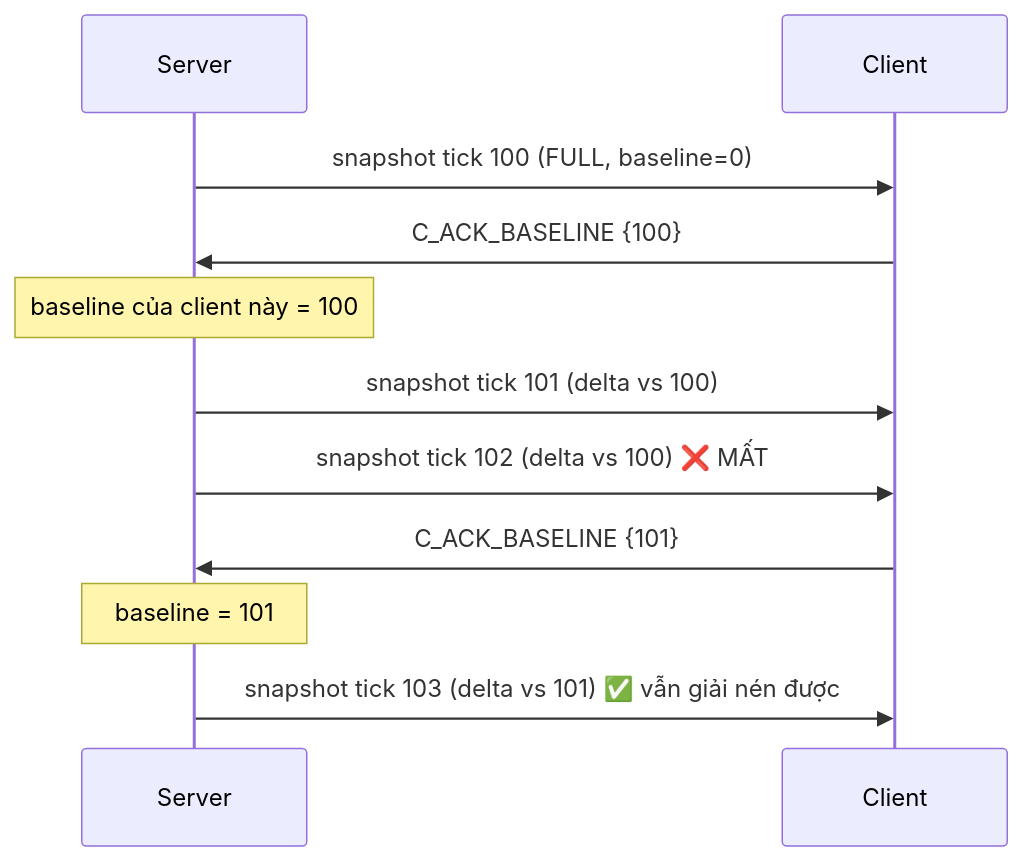
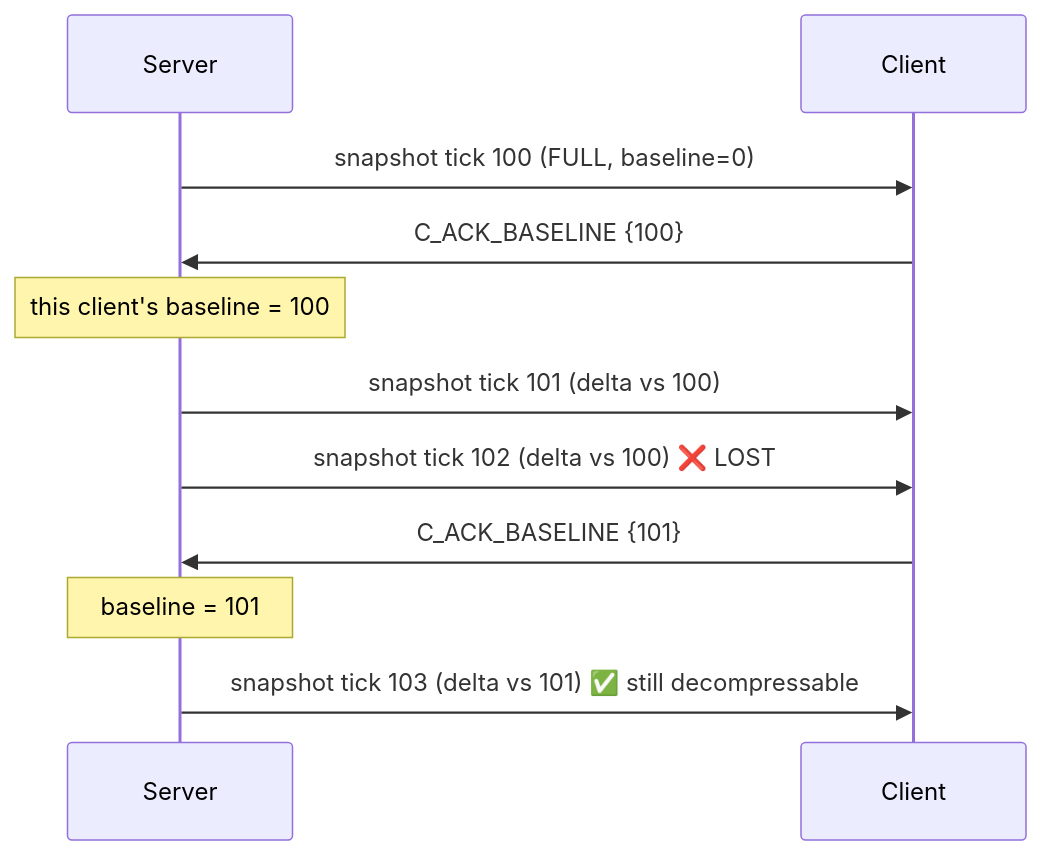
One commit to Nghaiz/LTM changed the diagram in plans/dev-c-replication/phases/phase-01-snapshot.md. Above: the diagram before and after it, drawn with Mermaid. The commit also changed other lines of this file and 34 other files, not shown here.

````diff
--- a/plans/dev-c-replication/phases/phase-01-snapshot.md
+++ b/plans/dev-c-replication/phases/phase-01-snapshot.md
@@ -192,13 +193,13 @@
 ```mermaid
 sequenceDiagram
     participant S as Server
     participant C as Client
     S->>C: snapshot tick 100 (FULL, baseline=0)
     C->>S: C_ACK_BASELINE {100}
-    Note over S: baseline của client này = 100
+    Note over S: this client's baseline = 100
     S->>C: snapshot tick 101 (delta vs 100)
-    S->>C: snapshot tick 102 (delta vs 100)  ❌ MẤT
+    S->>C: snapshot tick 102 (delta vs 100)  ❌ LOST
     C->>S: C_ACK_BASELINE {101}
     Note over S: baseline = 101
-    S->>C: snapshot tick 103 (delta vs 101) ✅ vẫn giải nén được
+    S->>C: snapshot tick 103 (delta vs 101) ✅ still decompressable
 ```
````
